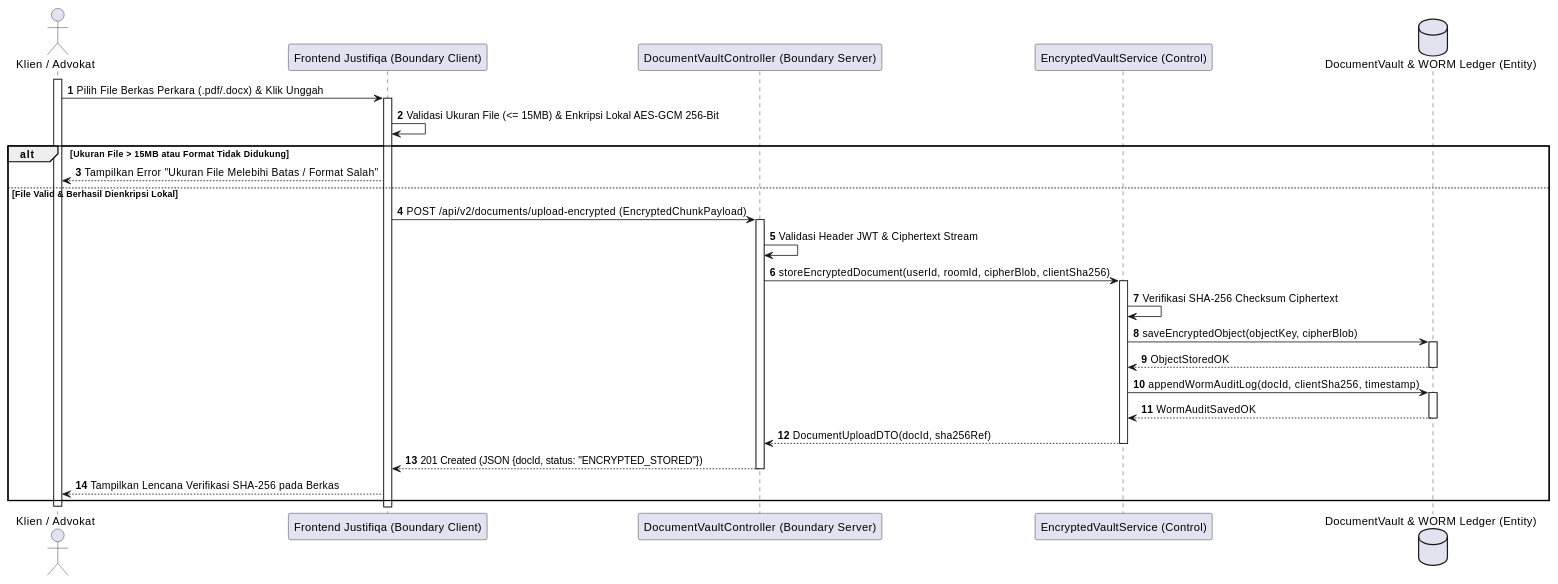
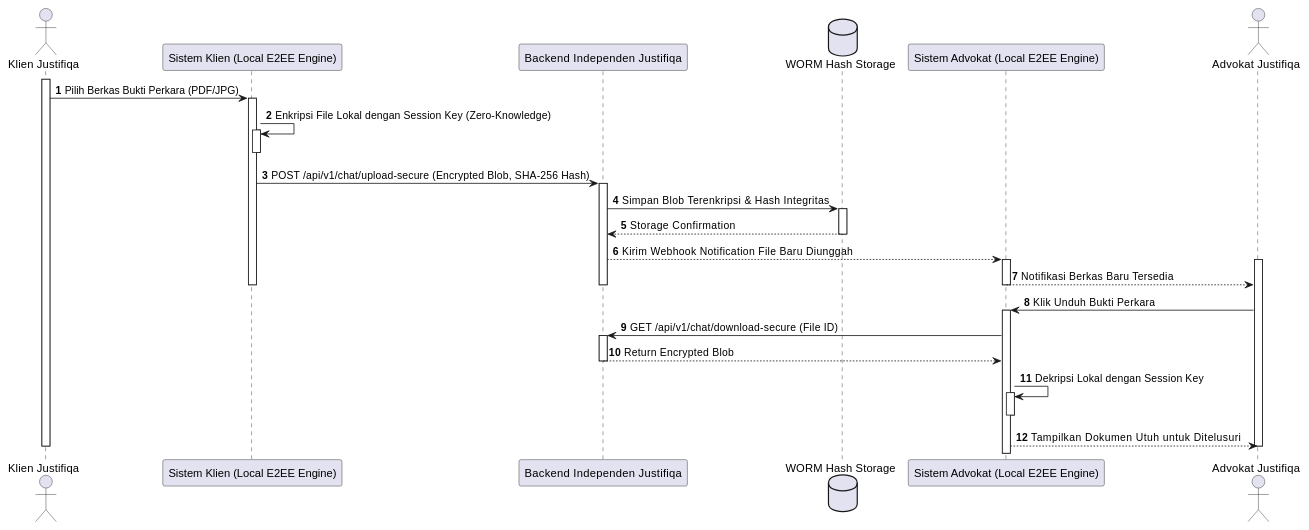
Before and after one commit to tupperwureism/SuperApp-Gagal: the fifth of 28 diagrams in MarkDown/plantuml_sequence_diagrams.md, drawn with PlantUML. The commit also changed other lines of this file and 3 other files, not shown here.

````diff
--- a/MarkDown/plantuml_sequence_diagrams.md
+++ b/MarkDown/plantuml_sequence_diagrams.md
@@ -364,31 +498,34 @@
 ```plantuml
 @startuml
 autonumber
-actor "Klien / Advokat" as User
-participant "Frontend Justifiqa (Boundary Client)" as B_FE
-participant "DocumentVaultController (Boundary Server)" as B_BE
-participant "EncryptedVaultService (Control)" as C_Svc
-database "DocumentVault & WORM Ledger (Entity)" as E_DB
+actor "Klien Justifiqa" as Klien
+participant "Sistem Klien (Local E2EE Engine)" as LocK
+participant "Backend Independen Justifiqa" as BE
+database "WORM Hash Storage" as WORM
+participant "Sistem Advokat (Local E2EE Engine)" as LocM
+actor "Advokat Justifiqa" as Mitra
 
-activate User
-User -> B_FE ++ : Pilih File Berkas Perkara (.pdf/.docx) & Klik Unggah
-B_FE -> B_FE : Validasi Ukuran File (<= 15MB) & Enkripsi Lokal AES-GCM 256-Bit
+activate Klien
+Klien -> LocK ++ : Pilih Berkas Bukti Perkara (PDF/JPG)
+LocK -> LocK ++ : Enkripsi File Lokal dengan Session Key (Zero-Knowledge)
+deactivate LocK
+LocK -> BE ++ : POST /api/v1/chat/upload-secure (Encrypted Blob, SHA-256 Hash)
+BE -> WORM ++ : Simpan Blob Terenkripsi & Hash Integritas
+WORM --> BE -- : Storage Confirmation
+BE --> LocM ++ : Kirim Webhook Notification File Baru Diunggah
+activate Mitra
+LocM --> Mitra : Notifikasi Berkas Baru Tersedia
+deactivate LocM
+deactivate BE
+deactivate LocK
 
-alt Ukuran File > 15MB atau Format Tidak Didukung
-    B_FE --> User : Tampilkan Error "Ukuran File Melebihi Batas / Format Salah"
-else File Valid & Berhasil Dienkripsi Lokal
-    B_FE -> B_BE ++ : POST /api/v2/documents/upload-encrypted (EncryptedChunkPayload)
-    B_BE -> B_BE : Validasi Header JWT & Ciphertext Stream
-    B_BE -> C_Svc ++ : storeEncryptedDocument(userId, roomId, cipherBlob, clientSha256)
-    C_Svc -> C_Svc : Verifikasi SHA-256 Checksum Ciphertext
-    C_Svc -> E_DB ++ : saveEncryptedObject(objectKey, cipherBlob)
-    E_DB --> C_Svc -- : ObjectStoredOK
-    C_Svc -> E_DB ++ : appendWormAuditLog(docId, clientSha256, timestamp)
-    E_DB --> C_Svc -- : WormAuditSavedOK
-    C_Svc --> B_BE -- : DocumentUploadDTO(docId, sha256Ref)
-    B_BE --> B_FE -- : 201 Created (JSON {docId, status: "ENCRYPTED_STORED"})
-    B_FE --> User : Tampilkan Lencana Verifikasi SHA-256 pada Berkas
-end
-deactivate User
+Mitra -> LocM ++ : Klik Unduh Bukti Perkara
+LocM -> BE ++ : GET /api/v1/chat/download-secure (File ID)
+BE --> LocM -- : Return Encrypted Blob
+LocM -> LocM ++ : Dekripsi Lokal dengan Session Key
+deactivate LocM
+LocM --> Mitra : Tampilkan Dokumen Utuh untuk Ditelusuri
+deactivate Klien
+deactivate Mitra
 @enduml
 ```
````
